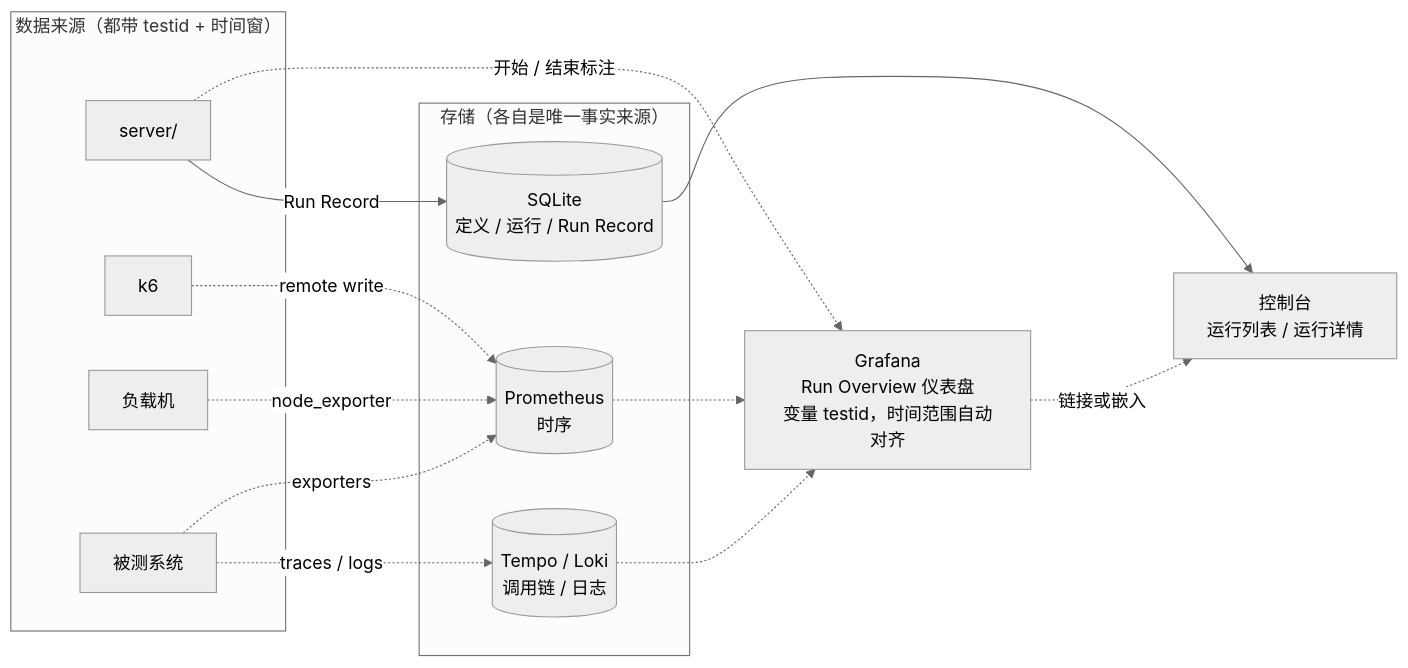
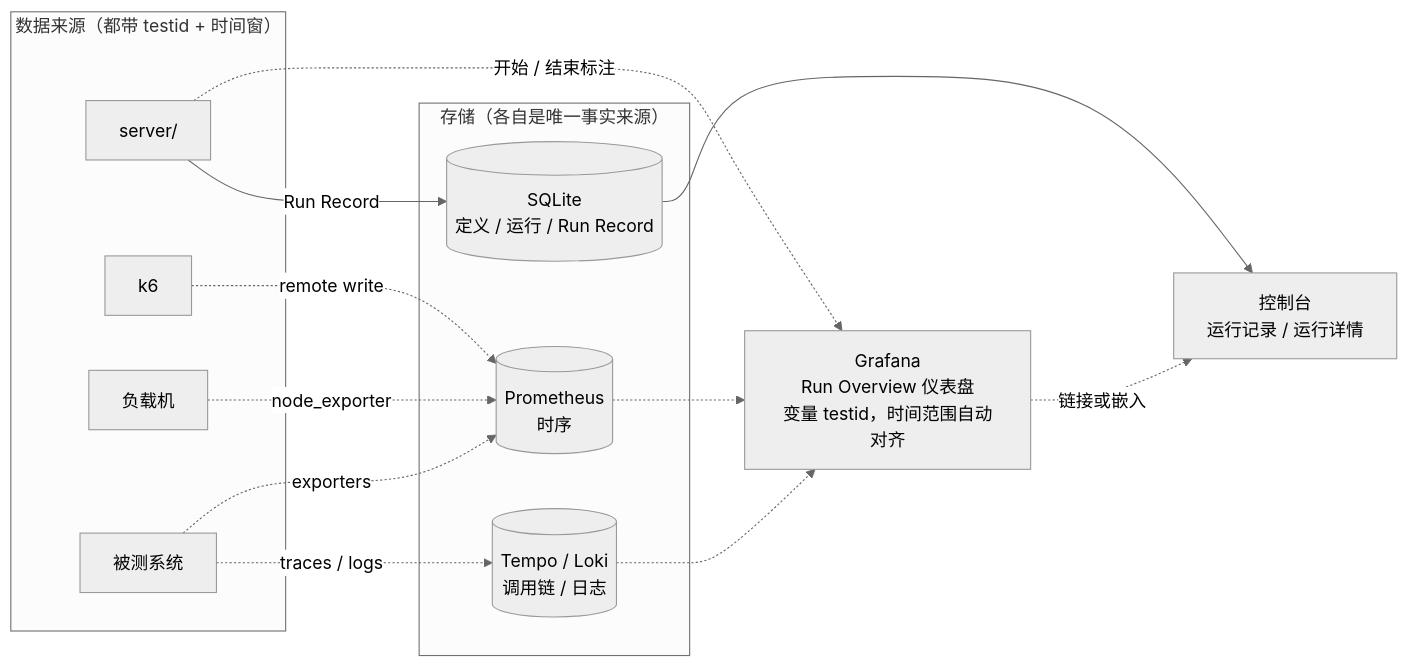
The fifth of 8 diagrams in docs/ARCHITECTURE.md (Leibiner/AI-Performance-Engineering), drawn with Mermaid (neutral theme) before and after one commit. The commit also changed other lines of this file and 29 other files, not shown here.

````diff
--- a/docs/ARCHITECTURE.md
+++ b/docs/ARCHITECTURE.md
@@ -489,26 +489,26 @@
 ```mermaid
 flowchart LR
     subgraph SRC["数据来源（都带 testid + 时间窗）"]
         K6[k6]
         LG[负载机]
         SUT[被测系统]
         SRV[server/]
     end
     subgraph STORE["存储（各自是唯一事实来源）"]
         PROM[(Prometheus<br/>时序)]
         DB[(SQLite<br/>定义 / 运行 / Run Record)]
         TEMPO[(Tempo / Loki<br/>调用链 / 日志)]
     end
     GRAF["Grafana<br/>Run Overview 仪表盘<br/>变量 testid，时间范围自动对齐"]
-    WEB["控制台<br/>运行列表 / 运行详情"]
+    WEB["控制台<br/>运行记录 / 运行详情"]
     K6 -.->|remote write| PROM
     LG -.->|node_exporter| PROM
     SUT -.->|exporters| PROM
     SUT -.->|traces / logs| TEMPO
     SRV -->|Run Record| DB
     SRV -.->|开始 / 结束标注| GRAF
     PROM -.-> GRAF
     TEMPO -.-> GRAF
     DB --> WEB
     GRAF -.->|链接或嵌入| WEB
 ```
````
